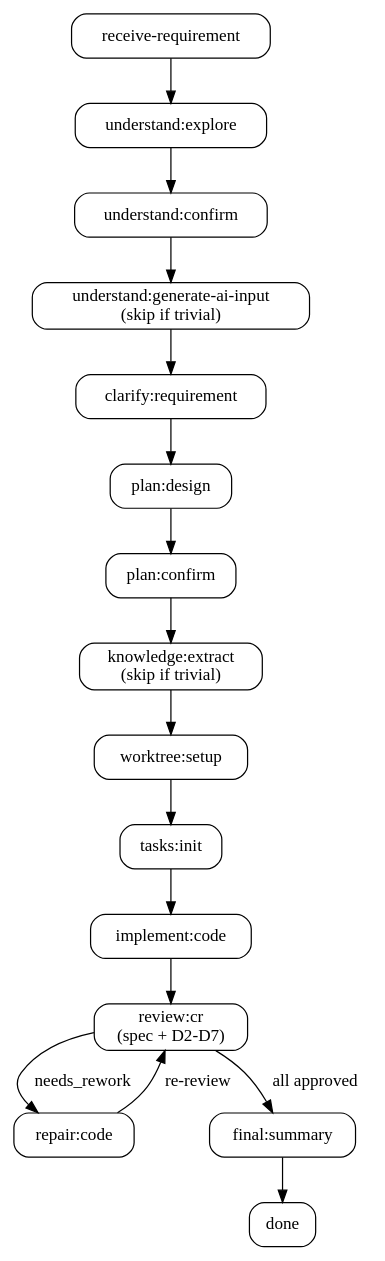
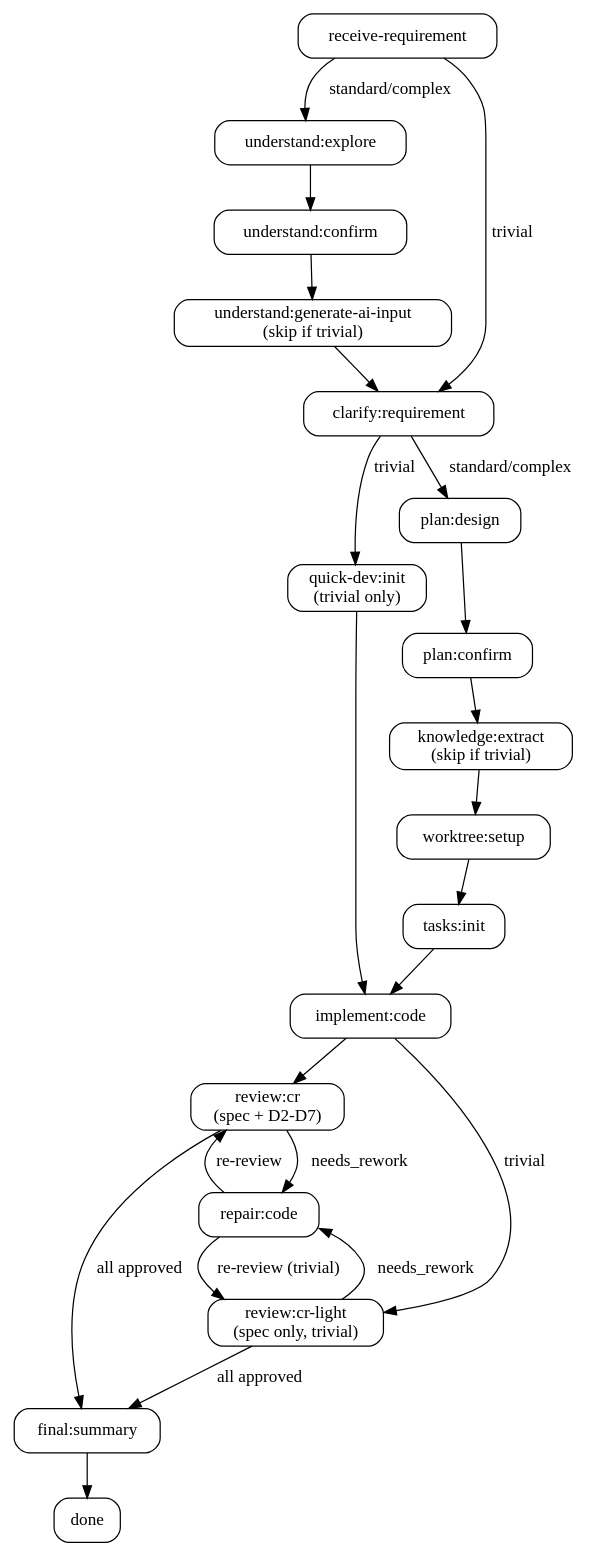
The diagram in skills/chisel/SKILL.md (Jxin-Cai/chisel), drawn with Graphviz before and after one commit. The commit also changed other lines of this file and 12 other files, not shown here.

First line of the commit message:
feat: quick-dev 快速通道 + spec 可追溯链 + HTML 可视化仪表板，升版至 0.6.0

````diff
--- a/skills/chisel/SKILL.md
+++ b/skills/chisel/SKILL.md
@@ -51,29 +51,40 @@
 ```dot
 digraph chisel_flow {
   rankdir=TB; node [shape=box, style=rounded];
   receive [label="receive-requirement"];
   explore [label="understand:explore"];
   u_confirm [label="understand:confirm"];
   ai_input [label="understand:generate-ai-input\n(skip if trivial)"];
   clarify [label="clarify:requirement"];
+  quickdev [label="quick-dev:init\n(trivial only)"];
   design [label="plan:design"];
   p_confirm [label="plan:confirm"];
   knowledge [label="knowledge:extract\n(skip if trivial)"];
   worktree [label="worktree:setup"];
   tasks [label="tasks:init"];
   implement [label="implement:code"];
   review [label="review:cr\n(spec + D2-D7)"];
+  review_light [label="review:cr-light\n(spec only, trivial)"];
   repair [label="repair:code"];
   final [label="final:summary"];
   done [label="done"];
 
-  receive -> explore -> u_confirm -> ai_input -> clarify;
-  clarify -> design -> p_confirm -> knowledge;
+  receive -> explore [label="standard/complex"];
+  receive -> clarify [label="trivial"];
+  explore -> u_confirm -> ai_input -> clarify;
+  clarify -> quickdev [label="trivial"];
+  clarify -> design [label="standard/complex"];
+  quickdev -> implement;
+  design -> p_confirm -> knowledge;
   knowledge -> worktree -> tasks;
   tasks -> implement -> review;
+  implement -> review_light [label="trivial"];
   review -> repair [label="needs_rework"];
+  review_light -> repair [label="needs_rework"];
   repair -> review [label="re-review"];
+  repair -> review_light [label="re-review (trivial)"];
   review -> final [label="all approved"];
+  review_light -> final [label="all approved"];
   final -> done;
 }
 ```
````
